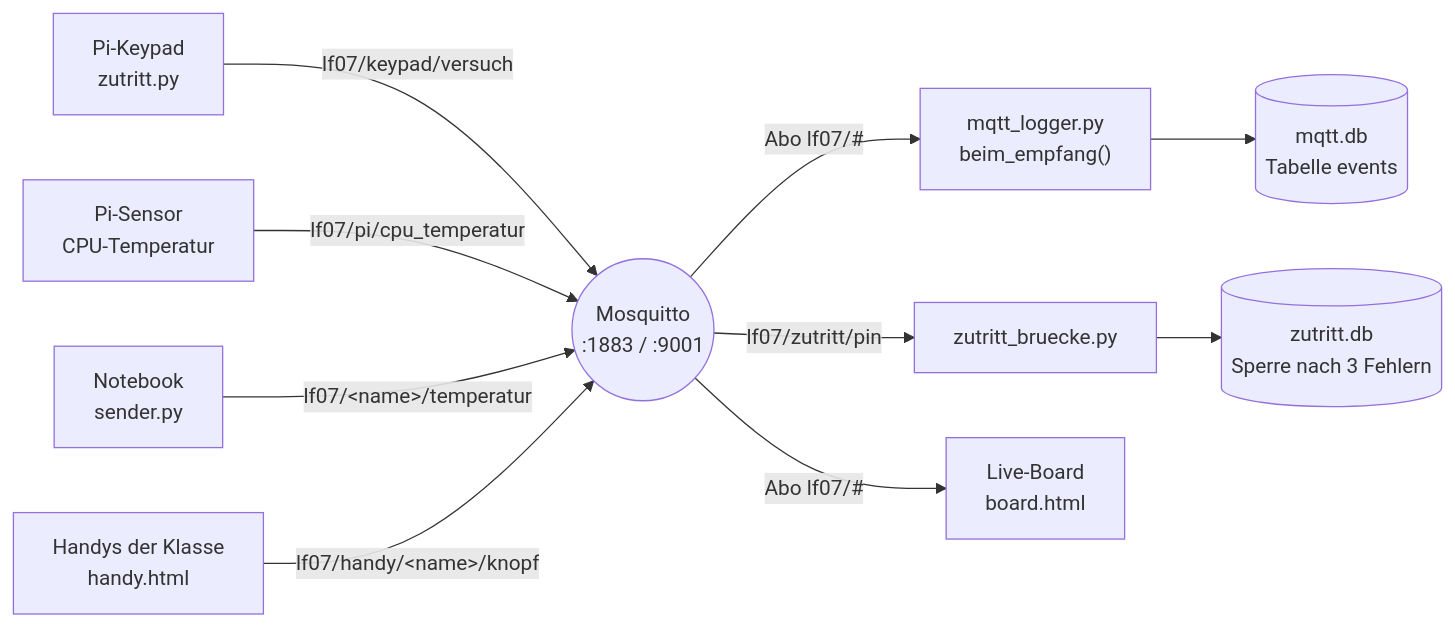
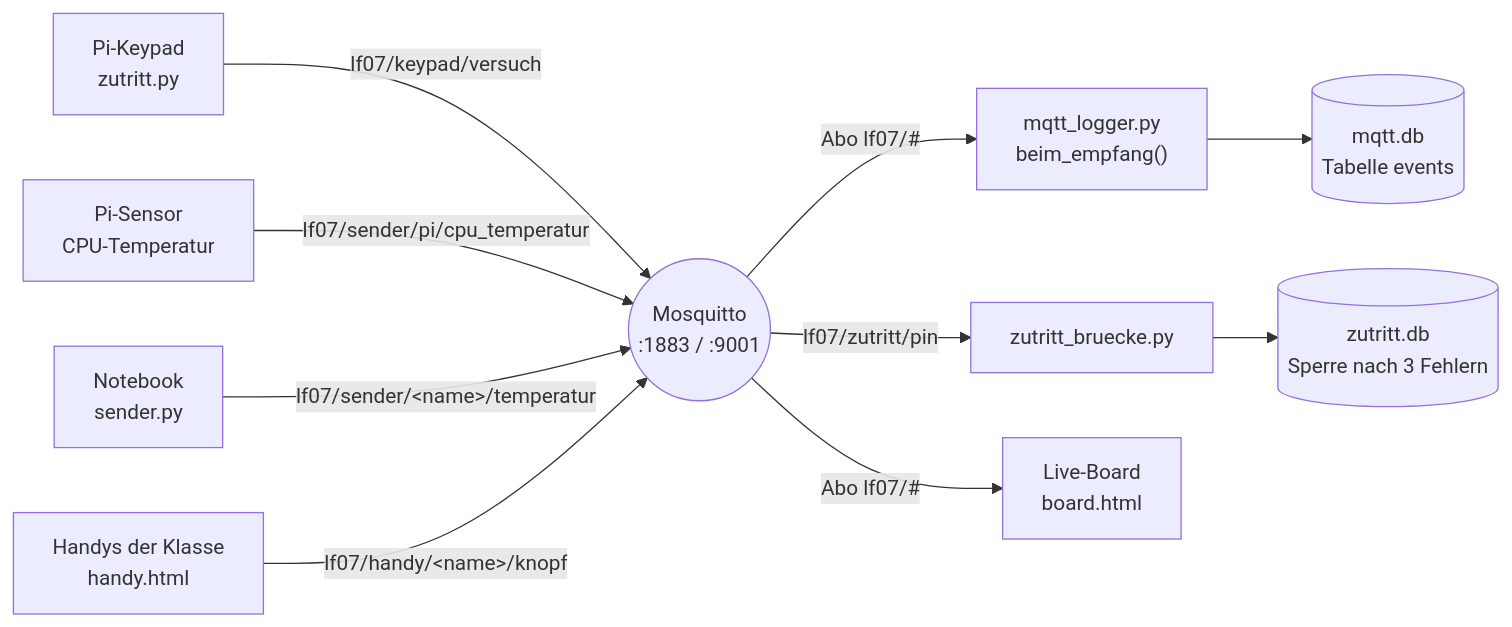
Before and after one commit to philmay1/lf07-cyber-physische-systeme: the diagram in uebungen/tag05-mqtt/README.de.md, drawn with Mermaid. The commit also changed other lines of this file and 5 other files, not shown here.

````diff
--- a/uebungen/tag05-mqtt/README.de.md
+++ b/uebungen/tag05-mqtt/README.de.md
@@ -19,12 +19,12 @@
 ```mermaid
 flowchart LR
     K["Pi-Keypad<br/>zutritt.py"] -->|lf07/keypad/versuch| B(("Mosquitto<br/>:1883 / :9001"))
-    S["Pi-Sensor<br/>CPU-Temperatur"] -->|lf07/pi/cpu_temperatur| B
-    N["Notebook<br/>sender.py"] -->|lf07/&lt;name&gt;/temperatur| B
+    S["Pi-Sensor<br/>CPU-Temperatur"] -->|lf07/sender/pi/cpu_temperatur| B
+    N["Notebook<br/>sender.py"] -->|lf07/sender/&lt;name&gt;/temperatur| B
     H["Handys der Klasse<br/>handy.html"] -->|lf07/handy/&lt;name&gt;/knopf| B
     B -->|"Abo lf07/#"| L["mqtt_logger.py<br/>beim_empfang()"]
     L --> D[("mqtt.db<br/>Tabelle events")]
     B -->|lf07/zutritt/pin| Z["zutritt_bruecke.py"]
     Z --> ZD[("zutritt.db<br/>Sperre nach 3 Fehlern")]
     B -->|"Abo lf07/#"| W["Live-Board<br/>board.html"]
 ```
````
